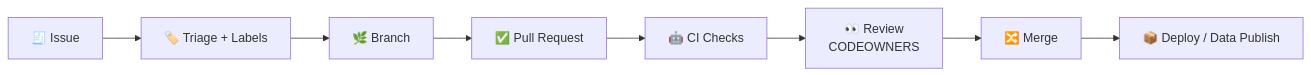
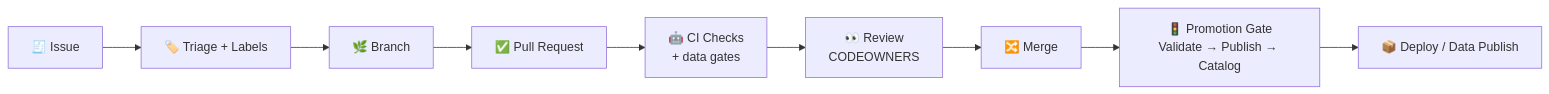
One commit to bartytime4life/Kansas-Frontier-Matrix changed the second of 2 diagrams in .github/README.md. Above: the diagram before and after it, drawn with Mermaid. The commit also changed other lines of this file, not shown here.

````diff
--- a/.github/README.md
+++ b/.github/README.md
@@ -85,10 +105,11 @@
 ```mermaid
 flowchart LR
   I["🧾 Issue"] --> T["🏷️ Triage + Labels"];
   T --> B["🌿 Branch"];
   B --> P["✅ Pull Request"];
-  P --> C["🤖 CI Checks"];
+  P --> C["🤖 CI Checks<br/>+ data gates"];
   C --> R["👀 Review<br/>CODEOWNERS"];
   R --> M["🔀 Merge"];
-  M --> D["📦 Deploy / Data Publish"];
+  M --> G["🚦 Promotion Gate<br/>Validate → Publish → Catalog"];
+  G --> D["📦 Deploy / Data Publish"];
 ```
````
